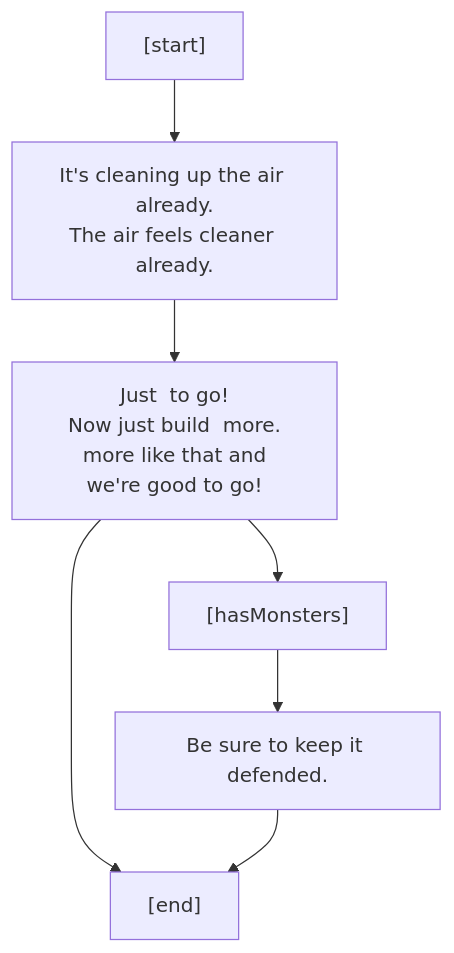
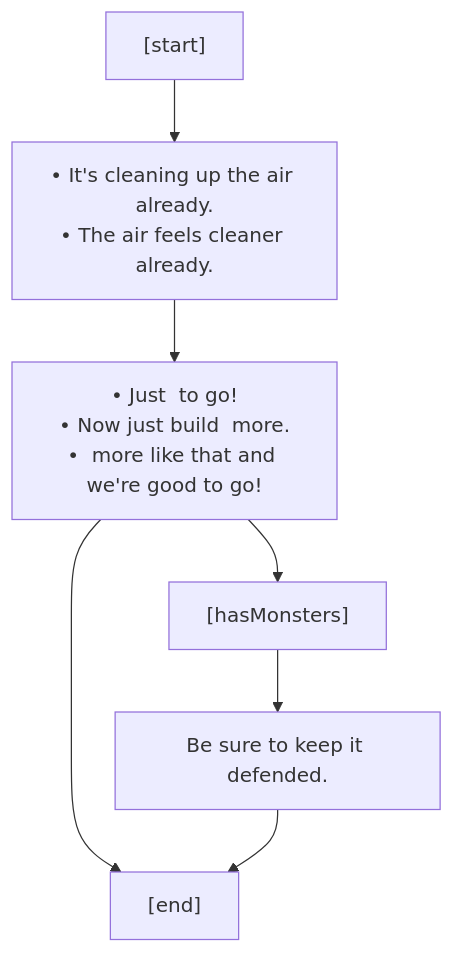
The fourth of 6 diagrams in src/core/lore/graphs/build_and_power.md (charredUtensil/groundhog), drawn with Mermaid before and after one commit. The commit also changed other lines of this file and 7 other files, not shown here.

````diff
--- a/src/core/lore/graphs/build_and_power.md
+++ b/src/core/lore/graphs/build_and_power.md
@@ -50,15 +50,15 @@
 ```mermaid
 flowchart TD;
 P0["[start]"]
 P0 --> P1
-P1["It's cleaning up the air already.<br/>The air feels cleaner already."]
+P1["&bull; It's cleaning up the air already.<br/>&bull; The air feels cleaner already."]
 P1 --> P2
-P2["Just  to go!<br/>Now just build  more.<br/> more like that and we're good to go!"]
+P2["&bull; Just  to go!<br/>&bull; Now just build  more.<br/>&bull;  more like that and we're good to go!"]
 P2 --> P3
 P2 --> P5
 P3["[hasMonsters]"]
 P3 --> P4
 P4["Be sure to keep it defended."]
 P4 --> P5
 P5["[end]"]
 ```
````
